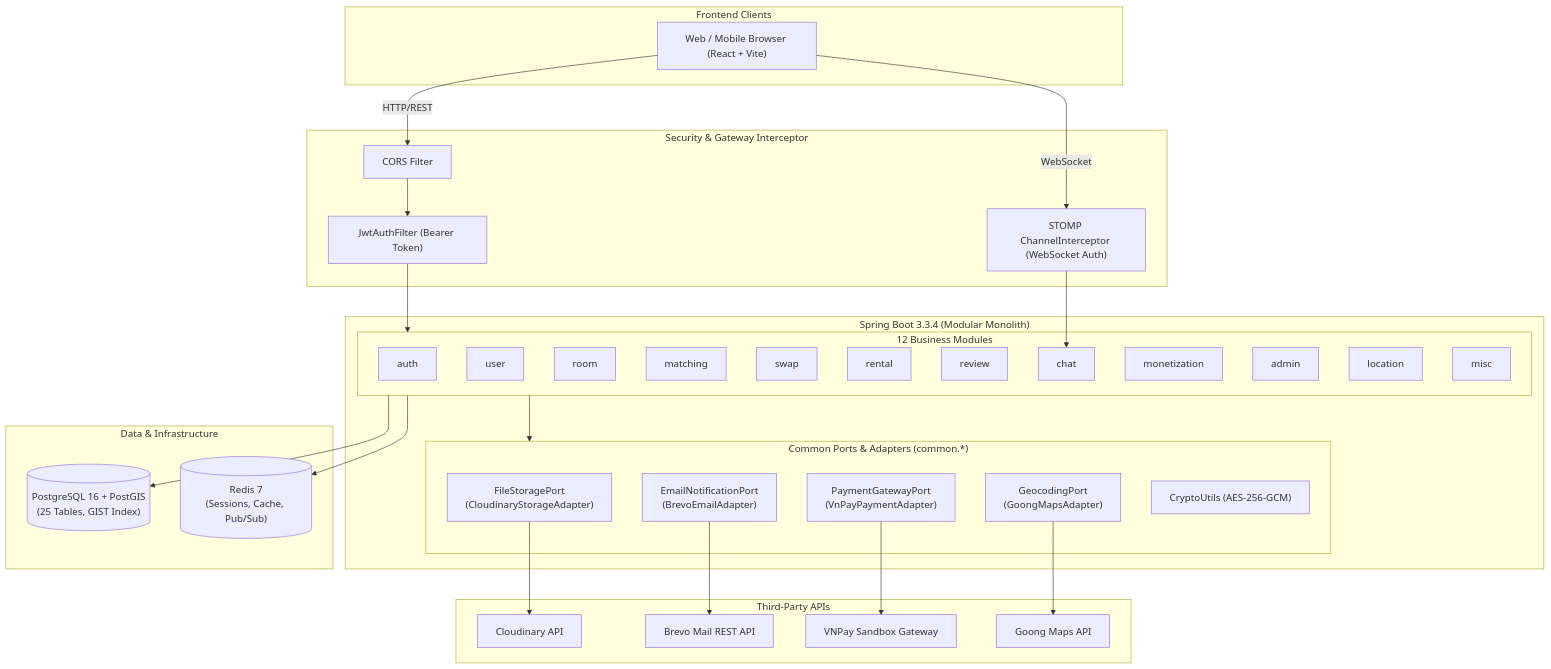
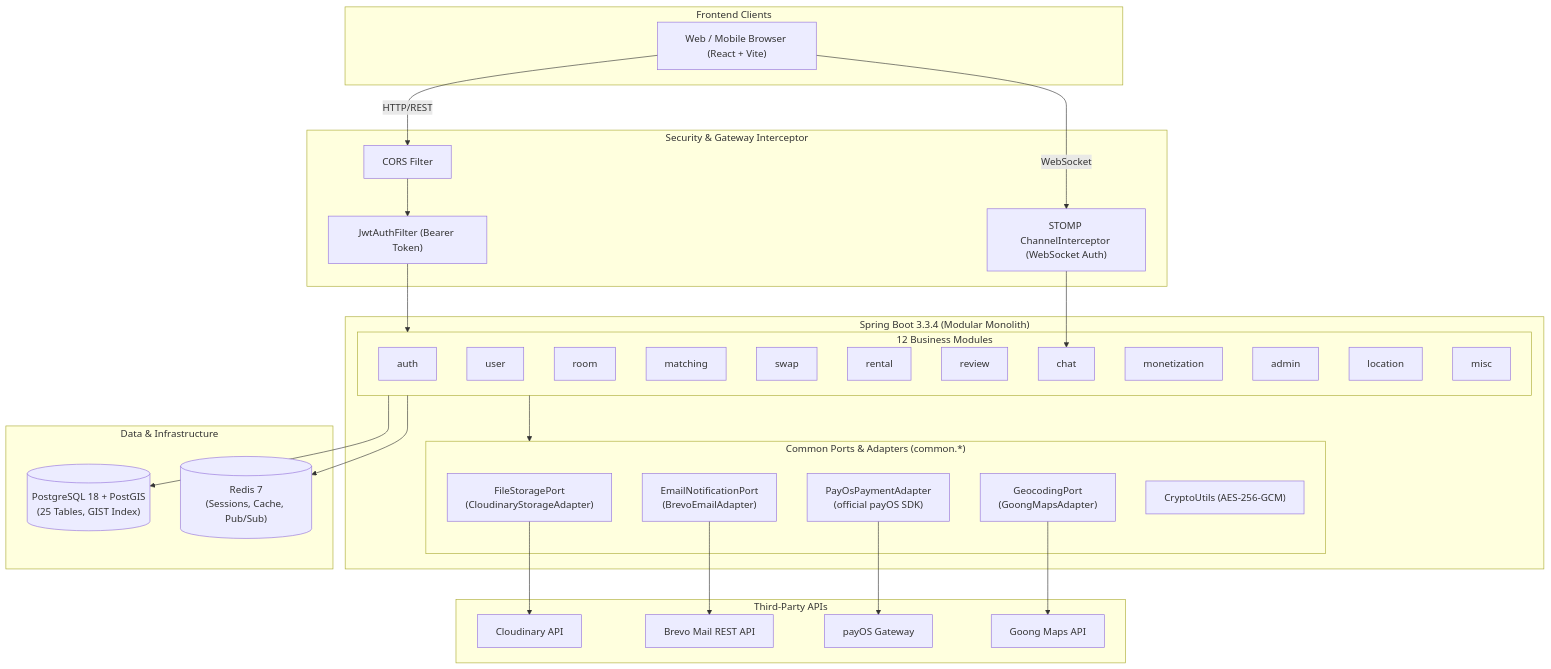
One commit to TruongHai-SE/phongtroxanh-backend changed the diagram in README.vi.md. Above: the diagram before and after it, drawn with Mermaid. The commit also changed other lines of this file and 32 other files, not shown here.

````diff
--- a/README.vi.md
+++ b/README.vi.md
@@ -59,61 +61,61 @@
 ```mermaid
 flowchart TB
     subgraph Clients["Frontend Clients"]
         WebClient["Web / Mobile Browser (React + Vite)"]
     end
 
     subgraph SecurityLayer["Security & Gateway Interceptor"]
         CORS["CORS Filter"]
         JWTFilter["JwtAuthFilter (Bearer Token)"]
         WSInterceptor["STOMP ChannelInterceptor (WebSocket Auth)"]
     end
 
     subgraph CoreApplication["Spring Boot 3.3.4 (Modular Monolith)"]
         subgraph Modules["12 Business Modules"]
             AuthMod["auth"]
             UserMod["user"]
             RoomMod["room"]
             MatchingMod["matching"]
             SwapMod["swap"]
             RentalMod["rental"]
             ReviewMod["review"]
             ChatMod["chat"]
             MonetizationMod["monetization"]
             AdminMod["admin"]
             LocationMod["location"]
             MiscMod["misc"]
         end
 
         subgraph Common["Common Ports & Adapters (common.*)"]
             StoragePort["FileStoragePort<br/>(CloudinaryStorageAdapter)"]
             MailPort["EmailNotificationPort<br/>(BrevoEmailAdapter)"]
-            PaymentPort["PaymentGatewayPort<br/>(VnPayPaymentAdapter)"]
+            PaymentPort["PayOsPaymentAdapter<br/>(official payOS SDK)"]
             GeoPort["GeocodingPort<br/>(GoongMapsAdapter)"]
             CryptoUtil["CryptoUtils (AES-256-GCM)"]
         end
     end
 
     subgraph DataStorage["Data & Infrastructure"]
-        PostgresDB[("PostgreSQL 16 + PostGIS<br/>(25 Tables, GIST Index)")]
+        PostgresDB[("PostgreSQL 18 + PostGIS<br/>(25 Tables, GIST Index)")]
         RedisCache[("Redis 7<br/>(Sessions, Cache, Pub/Sub)")]
     end
 
     subgraph ThirdPartyServices["Third-Party APIs"]
         CloudinaryAPI["Cloudinary API"]
         BrevoAPI["Brevo Mail REST API"]
-        VNPayAPI["VNPay Sandbox Gateway"]
+        PayOSAPI["payOS Gateway"]
         GoongAPI["Goong Maps API"]
     end
 
     WebClient -->|HTTP/REST| CORS --> JWTFilter --> Modules
     WebClient -->|WebSocket| WSInterceptor --> ChatMod
 
     Modules --> Common
     Modules --> PostgresDB
     Modules --> RedisCache
 
     StoragePort --> CloudinaryAPI
     MailPort --> BrevoAPI
-    PaymentPort --> VNPayAPI
+    PaymentPort --> PayOSAPI
     GeoPort --> GoongAPI
 ```
````
